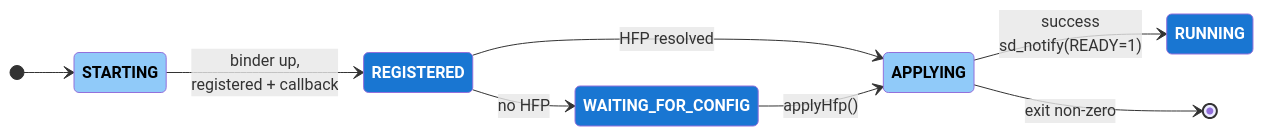
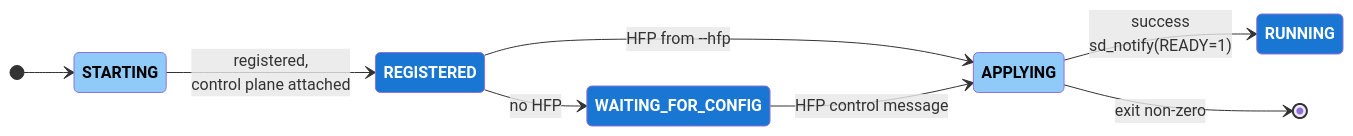
Before and after one commit to rdkcentral/rdk-halif-aidl: the second of 4 diagrams in docs/vsi/boot_sequence/current/module_boot_sequence.md, drawn with Mermaid. The commit also changed other lines of this file, not shown here.

First line of the commit message:
docs(vsi): correct HFP delivery — control plane YAML, not Binder

````diff
--- a/docs/vsi/boot_sequence/current/module_boot_sequence.md
+++ b/docs/vsi/boot_sequence/current/module_boot_sequence.md
@@ -69,18 +73,18 @@
 ```mermaid
 stateDiagram-v2
     direction LR
     [*] --> STARTING
-    STARTING --> REGISTERED: binder up,<br>registered + callback
+    STARTING --> REGISTERED: registered,<br>control plane attached
 
-    REGISTERED --> APPLYING: HFP resolved
+    REGISTERED --> APPLYING: HFP from --hfp
     REGISTERED --> WAITING_FOR_CONFIG: no HFP
-    WAITING_FOR_CONFIG --> APPLYING: applyHfp()
+    WAITING_FOR_CONFIG --> APPLYING: HFP control message
 
     APPLYING --> RUNNING: success<br>sd_notify(READY=1)
     APPLYING --> [*]: <error> exit non-zero
 
     classDef NonTransitory fill:#1976D2, color:white, font-weight:bold;
     classDef Transitory fill:#90CAF9, color:black, font-weight:bold;
     class REGISTERED,WAITING_FOR_CONFIG,RUNNING NonTransitory
     class STARTING,APPLYING Transitory
 ```
````
